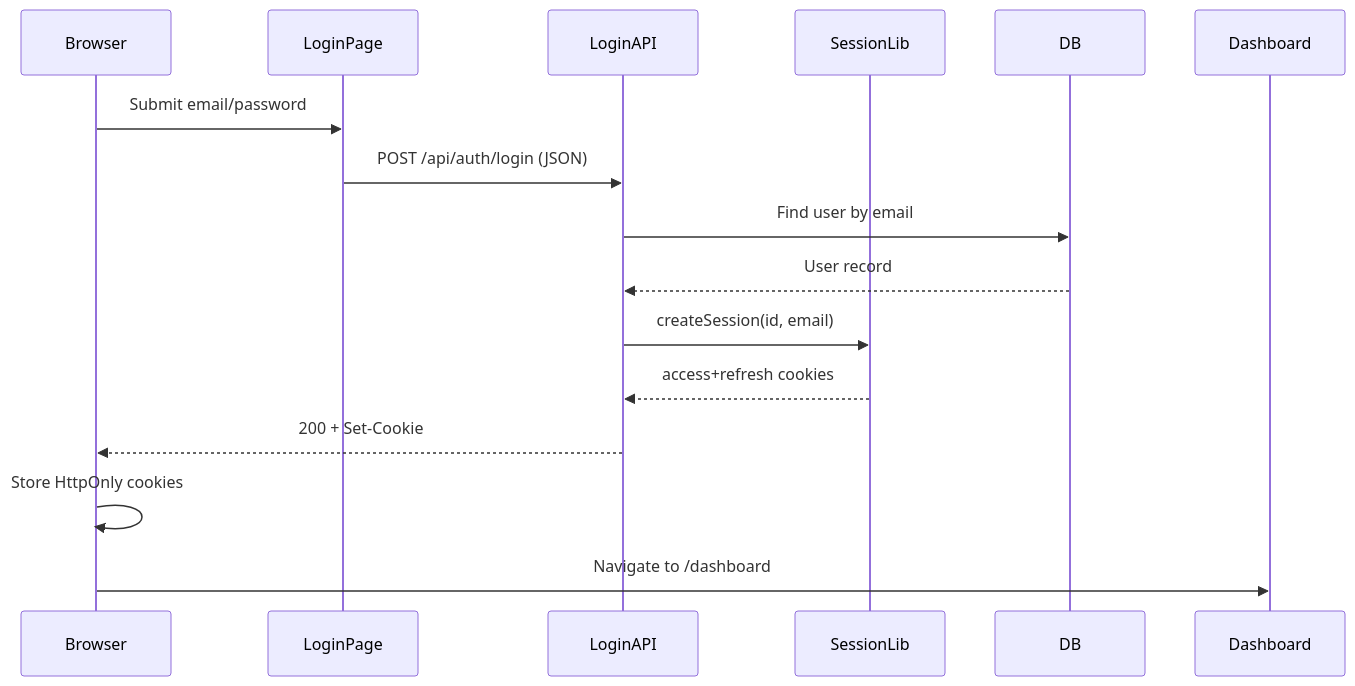
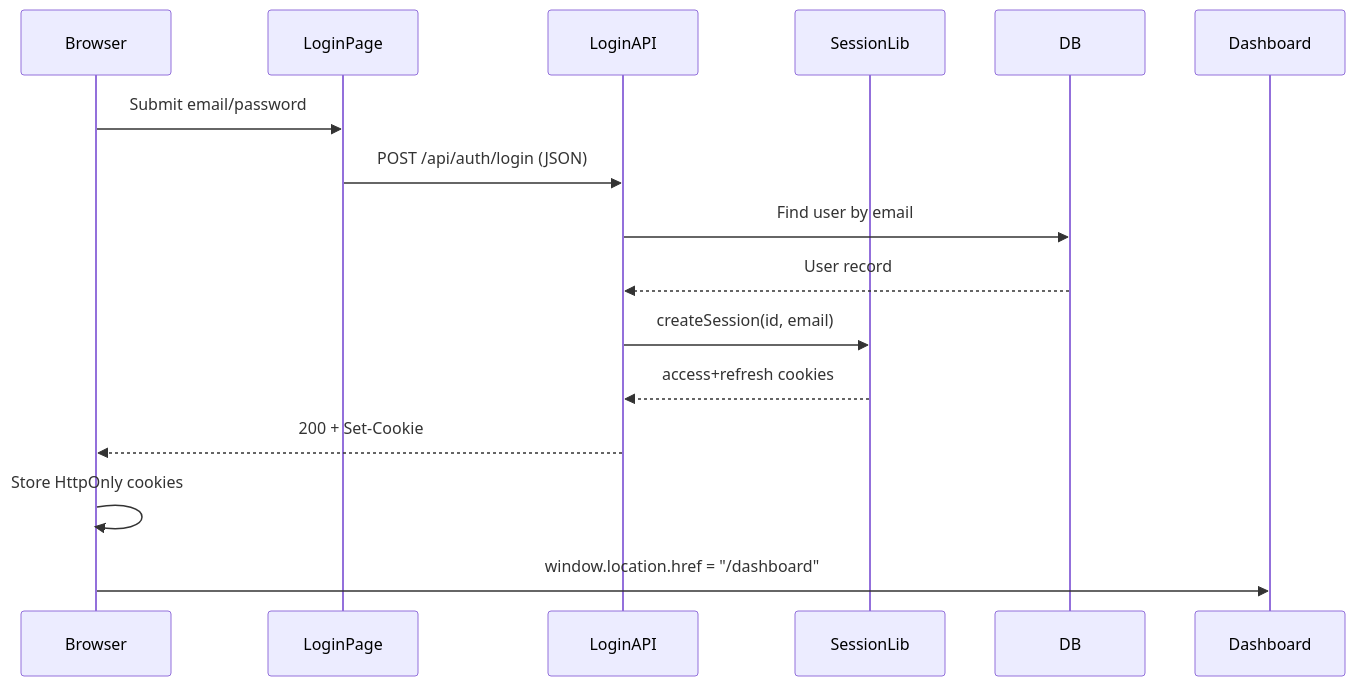
One commit to ChakraVaishnav/COREsume changed the first of 6 diagrams in Authentication.md. Above: the diagram before and after it, drawn with Mermaid. The commit also changed other lines of this file and 11 other files, not shown here.

````diff
--- a/Authentication.md
+++ b/Authentication.md
@@ -51,18 +67,18 @@
 ```mermaid
 sequenceDiagram
   participant Browser
   participant LoginPage
   participant LoginAPI
   participant SessionLib
   participant DB
 
   Browser->>LoginPage: Submit email/password
   LoginPage->>LoginAPI: POST /api/auth/login (JSON)
   LoginAPI->>DB: Find user by email
   DB-->>LoginAPI: User record
   LoginAPI->>SessionLib: createSession(id, email)
   SessionLib-->>LoginAPI: access+refresh cookies
   LoginAPI-->>Browser: 200 + Set-Cookie
   Browser->>Browser: Store HttpOnly cookies
-  Browser->>Dashboard: Navigate to /dashboard
+  Browser->>Dashboard: window.location.href = "/dashboard"
 ```
````
